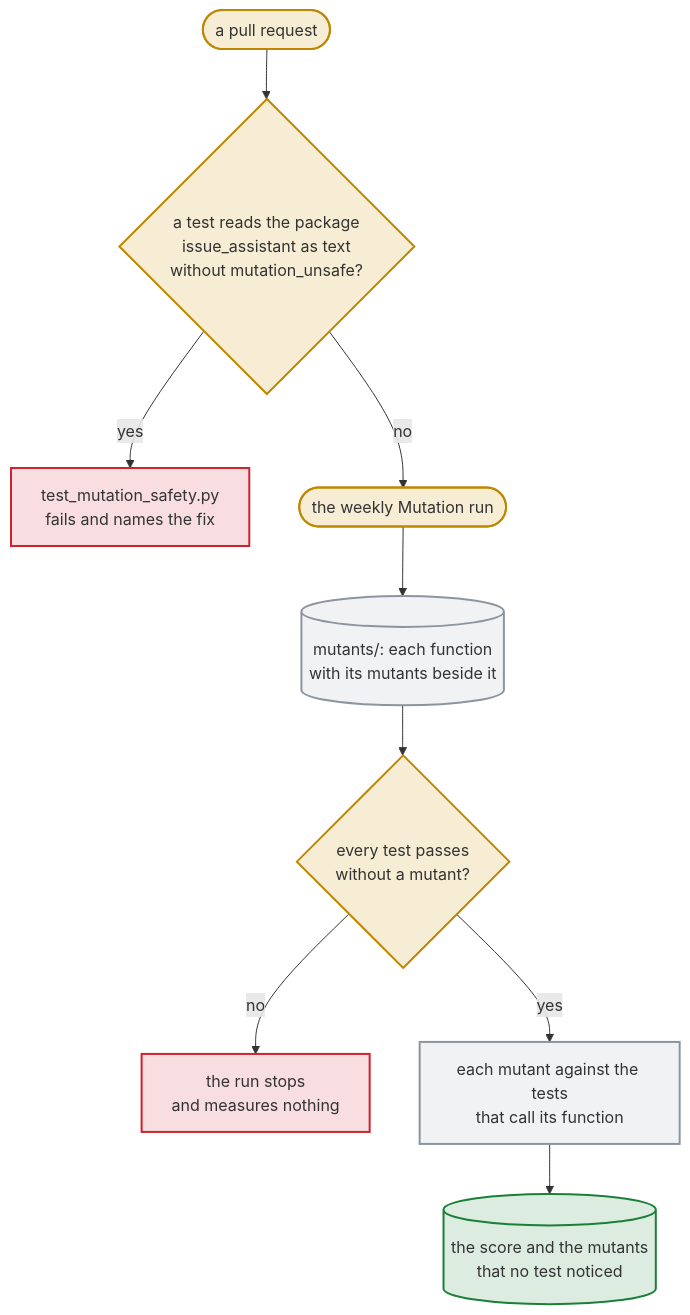
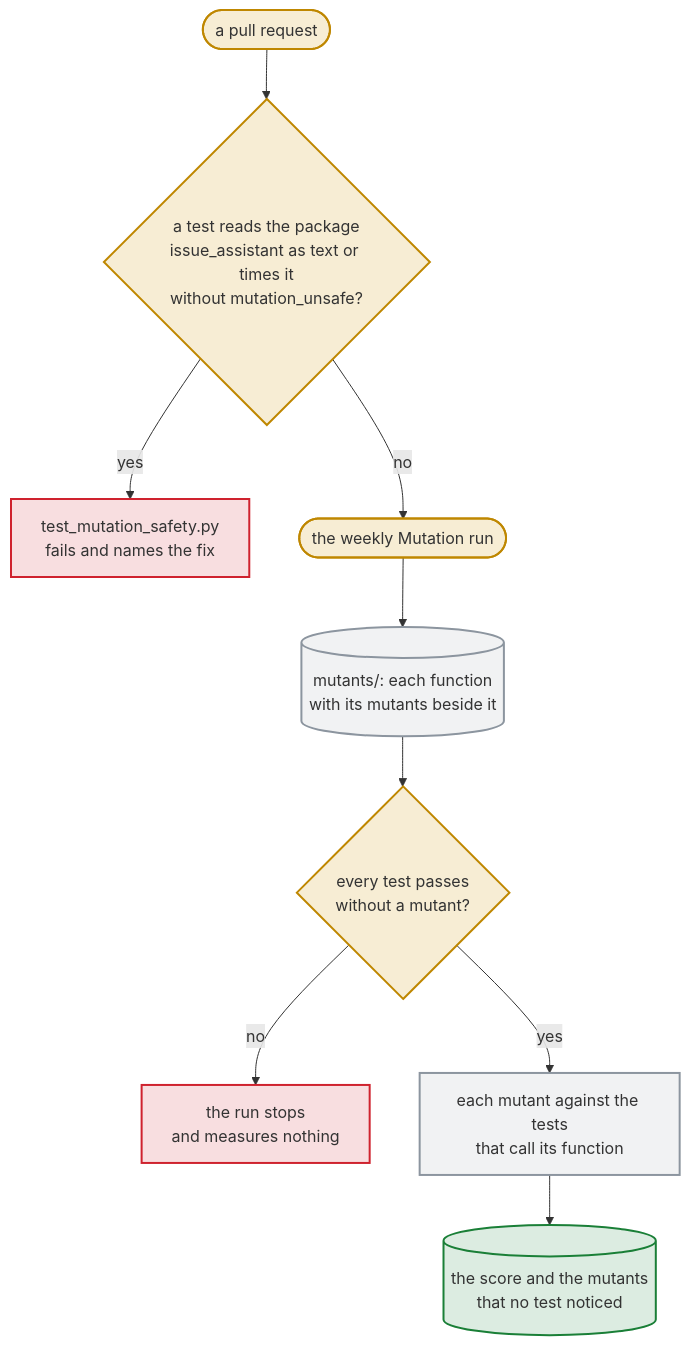
One commit to Dennis-Otto/issue-assistant changed the diagram in docs/diagrams/how-the-weekly-mutation-run-tests-the-tests.mmd. Above: the diagram before and after it, drawn with Mermaid. The commit also changed 9 other files, not shown here.

First line of the commit message:
test: take the timing tests of the readings out of mutmut's copy (#555)

```diff
--- a/docs/diagrams/how-the-weekly-mutation-run-tests-the-tests.mmd
+++ b/docs/diagrams/how-the-weekly-mutation-run-tests-the-tests.mmd
@@ -1,21 +1,21 @@
 flowchart TB
   accTitle: How the weekly mutation run tests the tests
-  accDescr: In every pull request, tests/test_mutation_safety.py fails for a test that reads the package issue_assistant as text without the marker mutation_unsafe, and names the fix. Every Saturday the Mutation workflow copies the repository into mutants/, where each function of the script has its mutants beside it, and runs the tests there without the marked ones, first without any mutant; a test that fails then stops the whole run. Then each mutant runs against the tests that call its function, and the report lists the mutants that no test noticed.
-  pr(["a pull request"]) --> reads{"a test reads the package<br>issue_assistant as text<br>without mutation_unsafe?"}
+  accDescr: In every pull request, tests/test_mutation_safety.py fails for a test that reads the package issue_assistant as text or times a reading of it without the marker mutation_unsafe, and names the fix; the check of the pull request runs the marked tests all the same. Every Monday the Mutation workflow copies the repository into mutants/, where each function of the script has its mutants beside it and every call goes through a trampoline of mutmut, and runs the tests there without the marked ones, first without any mutant; a test that fails then stops the whole run. Then each mutant runs against the tests that call its function, and the report lists the mutants that no test noticed.
+  pr(["a pull request"]) --> reads{"a test reads the package<br>issue_assistant as text or times it<br>without mutation_unsafe?"}
   reads -- "yes" --> fix["test_mutation_safety.py<br>fails and names the fix"]
   reads -- "no" --> weekly(["the weekly Mutation run"])
   weekly --> copy[("mutants/: each function<br>with its mutants beside it")]
   copy --> clean{"every test passes<br>without a mutant?"}
   clean -- "no" --> stops["the run stops<br>and measures nothing"]
   clean -- "yes" --> each["each mutant against the tests<br>that call its function"]
   each --> score[("the score and the mutants<br>that no test noticed")]
   classDef source fill:#d4a72c33,stroke:#bf8700,stroke-width:2px
   classDef question fill:#d4a72c33,stroke:#bf8700,stroke-width:2px
   classDef stop fill:#cf222e26,stroke:#cf222e,stroke-width:2px
   classDef job fill:#8c959f1f,stroke:#8c959f,stroke-width:2px
   classDef safe fill:#1a7f3726,stroke:#1a7f37,stroke-width:2px
   class pr,weekly source
   class reads,clean question
   class fix,stops stop
   class copy,each job
   class score safe
```
